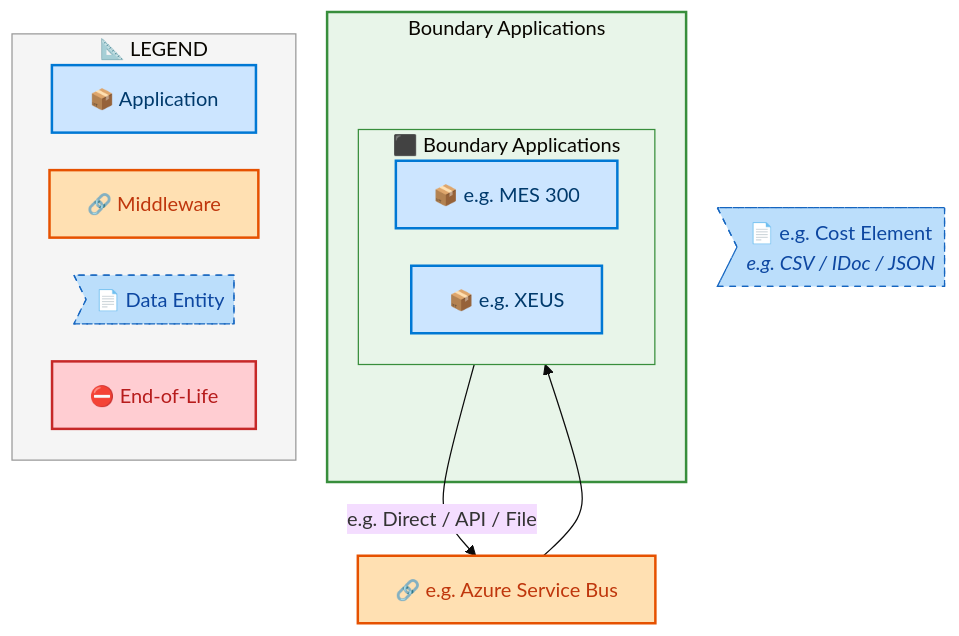
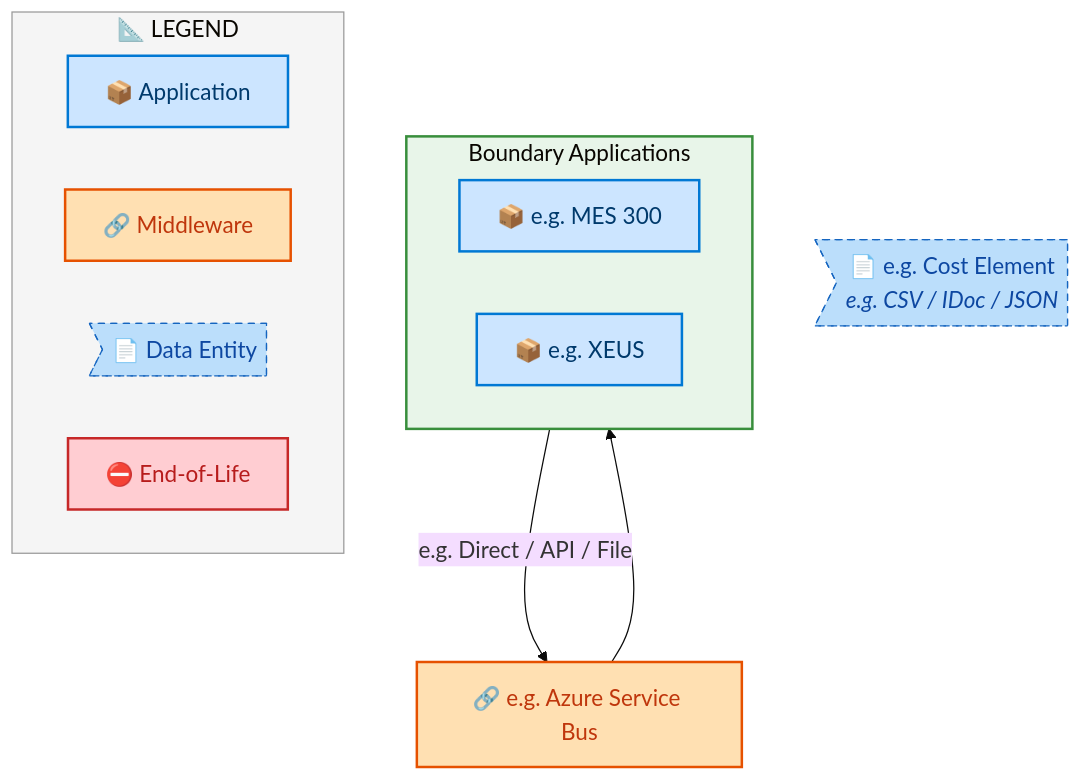
One commit to sajivfrancis777/IAO-Architecture changed diagram 18 of 21 in towers/E2E/Order to Cash/IF_Simplified_PO-SO_Model/output/docs/systems-architecture/IF_Simplified_PO-SO_Model-Architecture.md. Above: the diagram before and after it, drawn with Mermaid. The commit also changed other lines of this file and 251 other files, not shown here.

````diff
--- a/towers/E2E/Order to Cash/IF_Simplified_PO-SO_Model/output/docs/systems-architecture/IF_Simplified_PO-SO_Model-Architecture.md
+++ b/towers/E2E/Order to Cash/IF_Simplified_PO-SO_Model/output/docs/systems-architecture/IF_Simplified_PO-SO_Model-Architecture.md
@@ -2771,40 +2771,37 @@
 ```mermaid
-%%{init: {"theme": "base", "securityLevel": "loose", "themeVariables": {"fontSize": "16px", "fontFamily": "Segoe UI, Arial, sans-serif"}, "flowchart": {"useMaxWidth": false, "htmlLabels": true, "nodeSpacing": 30, "rankSpacing": 35}} }%%
+%%{init: {"theme": "base", "securityLevel": "loose", "themeVariables": {"fontSize": "18px", "fontFamily": "Segoe UI, Arial, sans-serif"}, "flowchart": {"useMaxWidth": false, "htmlLabels": true, "nodeSpacing": 50, "rankSpacing": 60}} }%%
 flowchart TB
     %% -- ArchiMate 3.2 + Azure style classes --
     classDef business      fill:#FFFFB3,stroke:#F9A825,stroke-width:2px,color:#000
     classDef app           fill:#CCE5FF,stroke:#0078D4,stroke-width:2px,color:#003A6C
     classDef data          fill:#BBDEFB,stroke:#1565C0,stroke-width:1px,color:#0D47A1,stroke-dasharray: 5 5
     classDef middleware    fill:#FFE0B2,stroke:#E65100,stroke-width:2px,color:#BF360C
     classDef eol           fill:#FFCDD2,stroke:#C62828,stroke-width:2px,color:#B71C1C
     classDef saas          fill:#E1BEE7,stroke:#7B1FA2,stroke-width:2px,color:#4A148C
     classDef cloud         fill:#BBDEFB,stroke:#1565C0,stroke-width:2px,color:#0D47A1
     classDef onprem        fill:#C8E6C9,stroke:#2E7D32,stroke-width:2px,color:#1B5E20
 
-    subgraph IF_Simplified_POSO_ModelCT_Boundary_Applications["Boundary Applications"]
-        subgraph IF_Simplified_POSO_ModelCLN_Boundary_Applications[" ⬛ Boundary Applications"]
-            direction LR
-            IF_Simplified_POSO_ModelC_e_g_MES_300["📦 e.g. MES 300"]:::app
-            IF_Simplified_POSO_ModelC_e_g_XEUS["📦 e.g. XEUS"]:::app
-        end
+    subgraph IF_Simplified_POSO_ModelCLN_Boundary_Applications[" Boundary Applications"]
+        direction LR
+        IF_Simplified_POSO_ModelC_e_g_MES_300["📦 e.g. MES 300"]:::app
+        IF_Simplified_POSO_ModelC_e_g_XEUS["📦 e.g. XEUS"]:::app
     end
 
     IF_Simplified_POSO_ModelCMW_e_g_Azure_Service_Bus["🔗 e.g. Azure Service Bus"]:::middleware
     IF_Simplified_POSO_ModelCDE_e_g_Cost_Element>"📄 e.g. Cost Element<br/><i>e.g. CSV / IDoc / JSON</i>"]:::data
 
     IF_Simplified_POSO_ModelC_e_g_MES_300 -->|"e.g. Direct / API / File"| IF_Simplified_POSO_ModelCMW_e_g_Azure_Service_Bus
     IF_Simplified_POSO_ModelCMW_e_g_Azure_Service_Bus --> IF_Simplified_POSO_ModelC_e_g_XEUS
 
 
-    style IF_Simplified_POSO_ModelCT_Boundary_Applications fill:#E8F5E9,stroke:#388E3C,stroke-width:2px
-    style IF_Simplified_POSO_ModelCLN_Boundary_Applications fill:#E8F5E9,stroke:#388E3C,stroke-width:1px
+    style IF_Simplified_POSO_ModelCLN_Boundary_Applications fill:#E8F5E9,stroke:#388E3C,stroke-width:2px
 
     subgraph Legend["📐 LEGEND"]
         direction LR
         L_APP["📦 Application"]:::app
         L_MW["🔗 Middleware"]:::middleware
         L_DE>"📄 Data Entity"]:::data
         L_EOL["⛔ End-of-Life"]:::eol
     end
     style Legend fill:#F5F5F5,stroke:#999,stroke-width:1px
 ```
````
